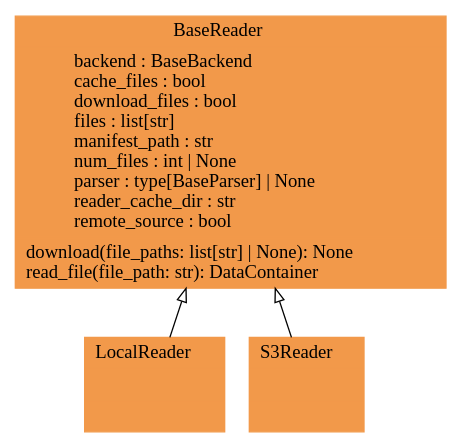
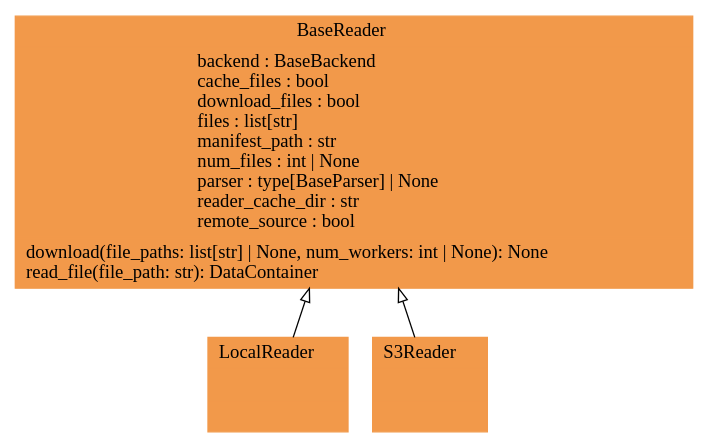
The diagram in docs/pyreverse/graphviz/classes_pythermondt.readers.gv (voidsy-gmbh/pyThermoNDT), drawn with Graphviz before and after one commit. The commit also changed 19 other files, not shown here.

```diff
--- a/docs/pyreverse/graphviz/classes_pythermondt.readers.gv
+++ b/docs/pyreverse/graphviz/classes_pythermondt.readers.gv
@@ -1,9 +1,9 @@
 digraph "classes_pythermondt.readers" {
 rankdir=BT
 charset="utf-8"
-"pythermondt.readers.base_reader.BaseReader" [color="#F2994A", fontcolor="black", label=<{BaseReader|backend : BaseBackend<br ALIGN="LEFT"/>cache_files : bool<br ALIGN="LEFT"/>download_files : bool<br ALIGN="LEFT"/>files : list[str]<br ALIGN="LEFT"/>manifest_path : str<br ALIGN="LEFT"/>num_files : int \| None<br ALIGN="LEFT"/>parser : type[BaseParser] \| None<br ALIGN="LEFT"/>reader_cache_dir : str<br ALIGN="LEFT"/>remote_source : bool<br ALIGN="LEFT"/>|download(file_paths: list[str] \| None): None<br ALIGN="LEFT"/>read_file(file_path: str): DataContainer<br ALIGN="LEFT"/>}>, shape="record", style="filled"];
+"pythermondt.readers.base_reader.BaseReader" [color="#F2994A", fontcolor="black", label=<{BaseReader|backend : BaseBackend<br ALIGN="LEFT"/>cache_files : bool<br ALIGN="LEFT"/>download_files : bool<br ALIGN="LEFT"/>files : list[str]<br ALIGN="LEFT"/>manifest_path : str<br ALIGN="LEFT"/>num_files : int \| None<br ALIGN="LEFT"/>parser : type[BaseParser] \| None<br ALIGN="LEFT"/>reader_cache_dir : str<br ALIGN="LEFT"/>remote_source : bool<br ALIGN="LEFT"/>|download(file_paths: list[str] \| None, num_workers: int \| None): None<br ALIGN="LEFT"/>read_file(file_path: str): DataContainer<br ALIGN="LEFT"/>}>, shape="record", style="filled"];
 "pythermondt.readers.local_reader.LocalReader" [color="#F2994A", fontcolor="black", label=<{LocalReader|<br ALIGN="LEFT"/>|}>, shape="record", style="filled"];
 "pythermondt.readers.s3_reader.S3Reader" [color="#F2994A", fontcolor="black", label=<{S3Reader|<br ALIGN="LEFT"/>|}>, shape="record", style="filled"];
 "pythermondt.readers.local_reader.LocalReader" -> "pythermondt.readers.base_reader.BaseReader" [arrowhead="empty", arrowtail="none"];
 "pythermondt.readers.s3_reader.S3Reader" -> "pythermondt.readers.base_reader.BaseReader" [arrowhead="empty", arrowtail="none"];
 }
```
